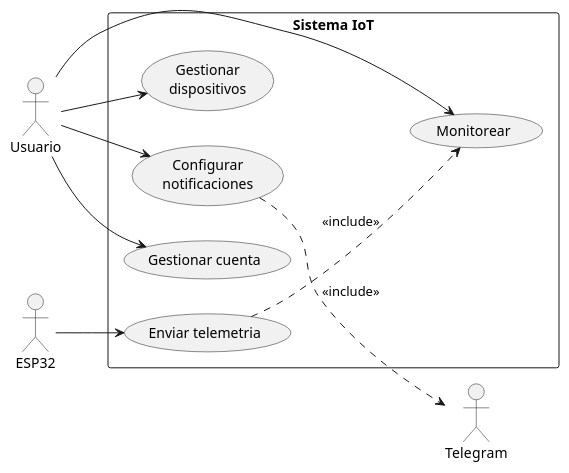
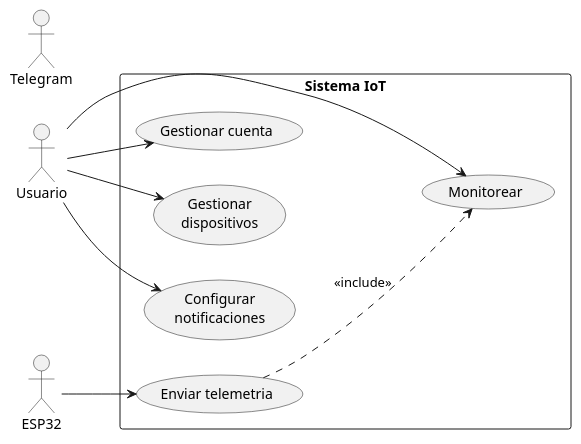
Before and after one commit to santiagopasante1-source/Proyecto: the diagram in diagramas/diagrama_casos_uso.puml, drawn with PlantUML.

Commit message:
fix: quita relacion invalida <<include>> entre caso de uso y actor

```diff
--- a/diagramas/diagrama_casos_uso.puml
+++ b/diagramas/diagrama_casos_uso.puml
@@ -1,22 +1,21 @@
 @startuml
 left to right direction
 actor "Usuario" as user
 actor "ESP32" as esp32
 actor "Telegram" as tg
 
 rectangle "Sistema IoT" as sys {
   usecase "Gestionar cuenta" as UC1
   usecase "Monitorear" as UC2
   usecase "Gestionar\ndispositivos" as UC3
   usecase "Configurar\nnotificaciones" as UC4
   usecase "Enviar telemetria" as UC5
 }
 
 user --> UC1
 user --> UC2
 user --> UC3
 user --> UC4
 esp32 --> UC5
 UC5 ..> UC2 : <<include>>
-UC4 ..> tg : <<include>>
 @enduml
```
